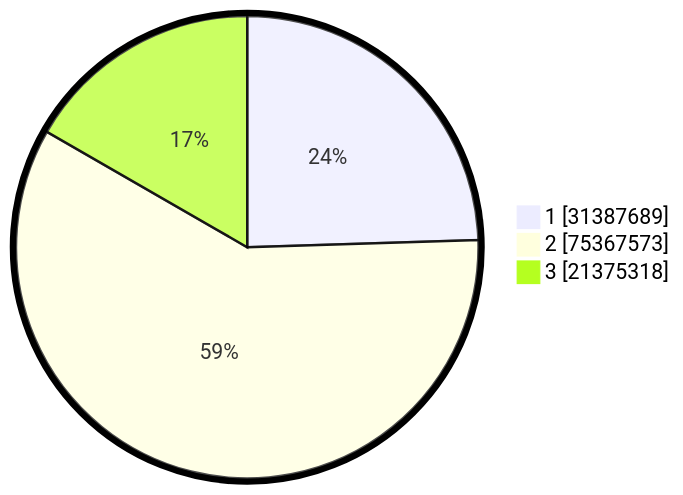
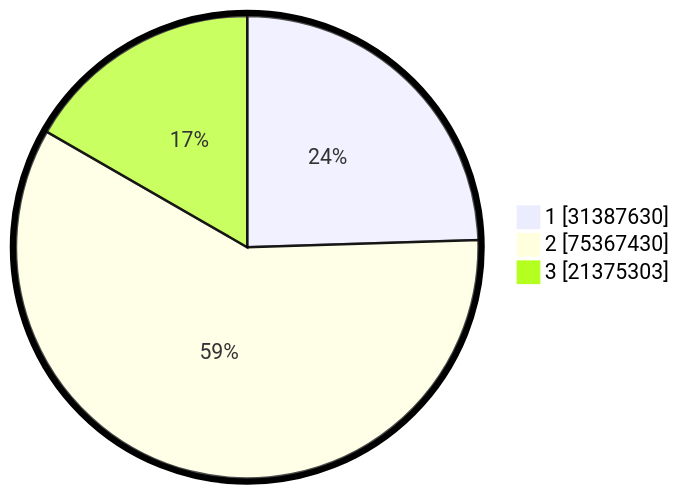
One commit to gigit-pemilu/pemilu-2024 changed the second of 2 diagrams in pilpres/hitung-suara/README.md. Above: the diagram before and after it, drawn with Mermaid. The commit also changed other lines of this file and 7 other files, not shown here.

````diff
--- a/pilpres/hitung-suara/README.md
+++ b/pilpres/hitung-suara/README.md
@@ -93,7 +93,7 @@
 ```mermaid
 %%{init: {"pie": {"textPosition": 0.5}, "themeVariables": {"pieOuterStrokeWidth": "5px"}} }%%
 pie showData
-    "1" : 31387689
-    "2" : 75367573
-    "3" : 21375318
+    "1" : 31387630
+    "2" : 75367430
+    "3" : 21375303
 ```
````
